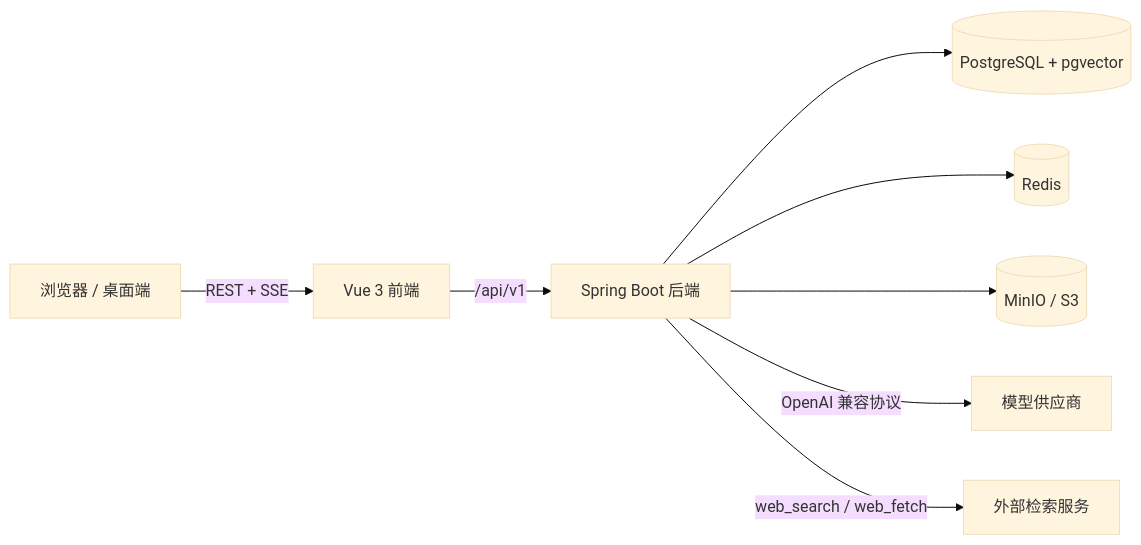
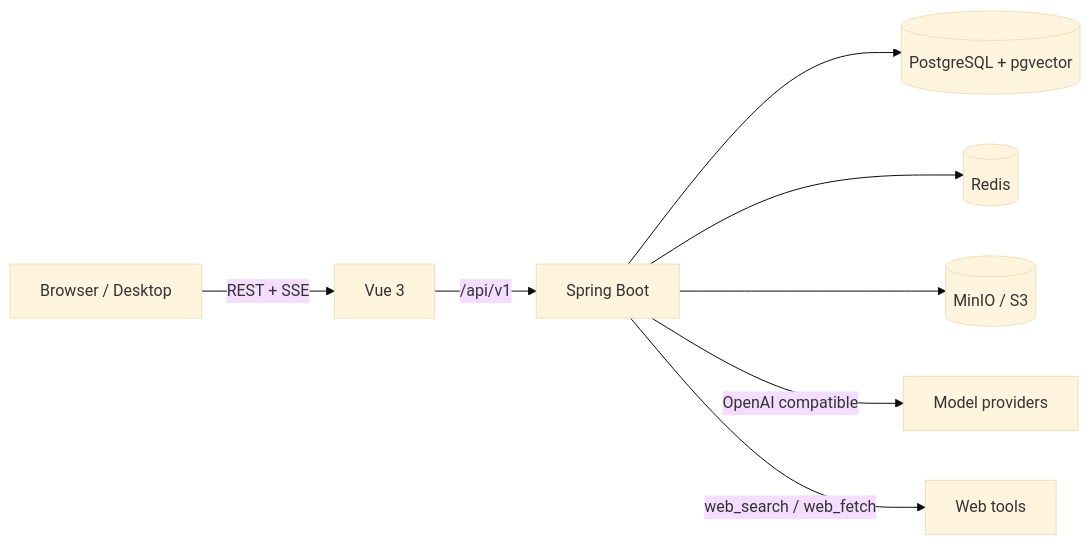
Before and after one commit to bao-cn/Cognia: the diagram in README.md, drawn with Mermaid (base theme). The commit also changed other lines of this file, not shown here.

````diff
--- a/README.md
+++ b/README.md
@@ -103,10 +28,10 @@
 ```mermaid
 flowchart LR
-    U[浏览器 / 桌面端] -->|REST + SSE| F[Vue 3 前端]
-    F -->|/api/v1| B[Spring Boot 后端]
-    B --> P[(PostgreSQL + pgvector)]
-    B --> R[(Redis)]
-    B --> S[(MinIO / S3)]
-    B -->|OpenAI 兼容协议| M[模型供应商]
-    B -->|web_search / web_fetch| W[外部检索服务]
+    B[Browser / Desktop] -->|REST + SSE| F[Vue 3]
+    F -->|/api/v1| A[Spring Boot]
+    A --> P[(PostgreSQL + pgvector)]
+    A --> R[(Redis)]
+    A --> S[(MinIO / S3)]
+    A -->|OpenAI compatible| M[Model providers]
+    A -->|web_search / web_fetch| W[Web tools]
 ```
````
